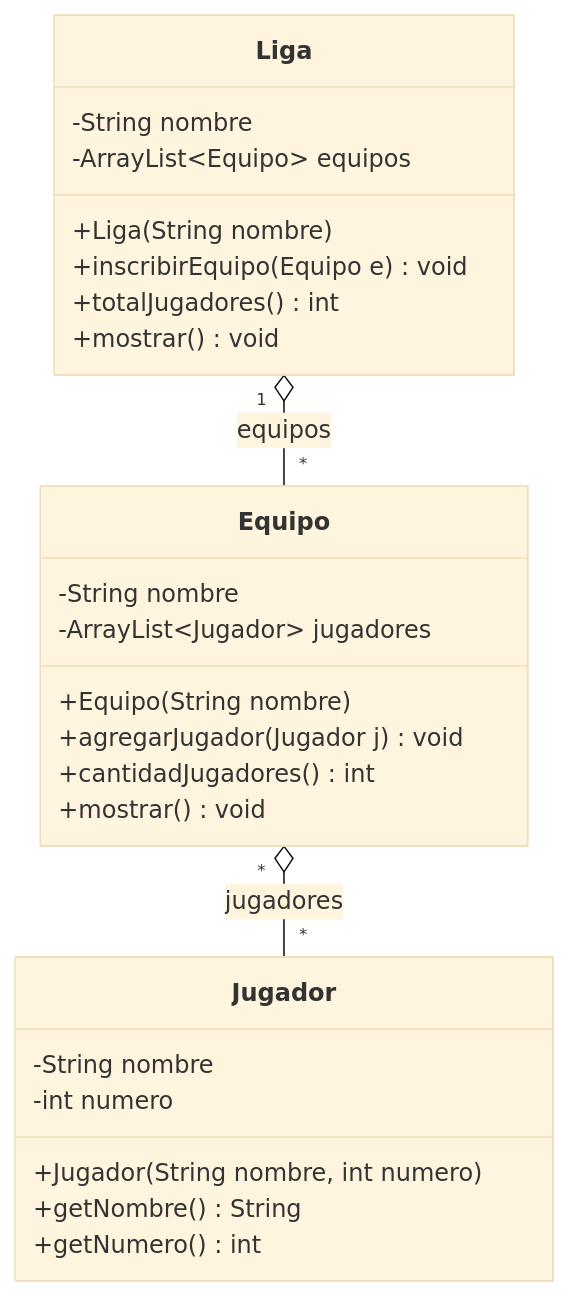
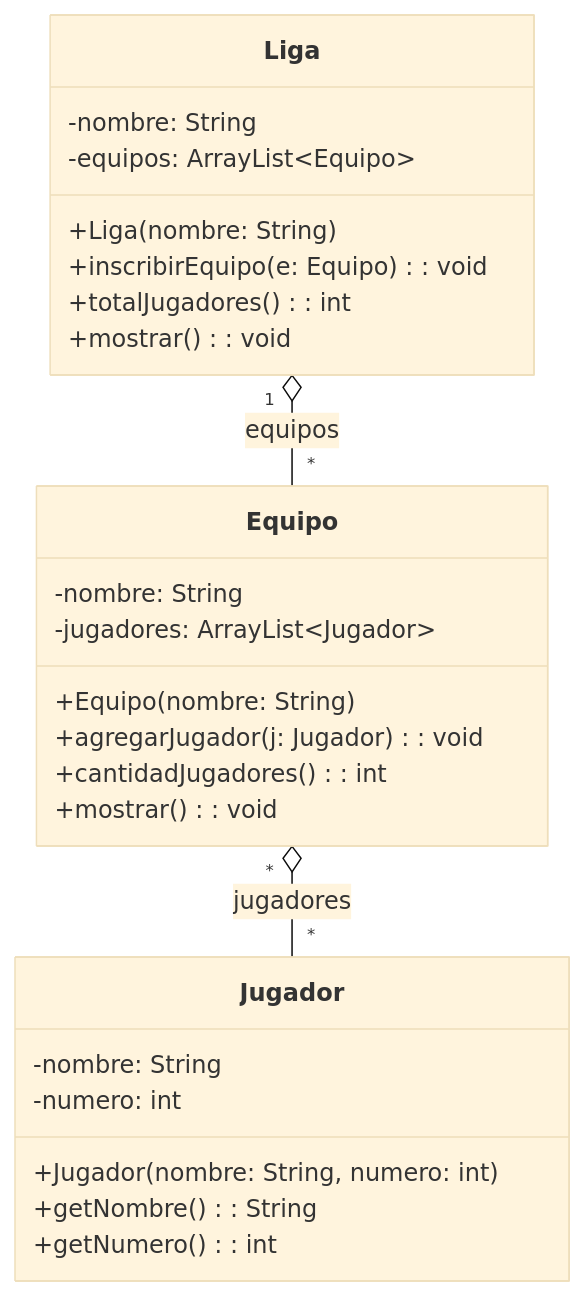
One commit to CursosProgramacionEP/USIL_SEMANA10 changed the first of 6 diagrams in PRACTICAS_CLASE.md. Above: the diagram before and after it, drawn with Mermaid (base theme). The commit also changed other lines of this file and 1 other file, not shown here.

First line of the commit message:
Diagramas UML en notacion estandar (nombre: Tipo) en README y PRACTICAS_CLASE

````diff
--- a/PRACTICAS_CLASE.md
+++ b/PRACTICAS_CLASE.md
@@ -25,28 +25,28 @@
 ```mermaid
 classDiagram
     class Liga {
-        -String nombre
-        -ArrayList~Equipo~ equipos
-        +Liga(String nombre)
-        +inscribirEquipo(Equipo e) void
-        +totalJugadores() int
-        +mostrar() void
+        -nombre: String
+        -equipos: ArrayList~Equipo~
+        +Liga(nombre: String)
+        +inscribirEquipo(e: Equipo) : void
+        +totalJugadores() : int
+        +mostrar() : void
     }
     class Equipo {
-        -String nombre
-        -ArrayList~Jugador~ jugadores
-        +Equipo(String nombre)
-        +agregarJugador(Jugador j) void
-        +cantidadJugadores() int
-        +mostrar() void
+        -nombre: String
+        -jugadores: ArrayList~Jugador~
+        +Equipo(nombre: String)
+        +agregarJugador(j: Jugador) : void
+        +cantidadJugadores() : int
+        +mostrar() : void
     }
     class Jugador {
-        -String nombre
-        -int numero
-        +Jugador(String nombre, int numero)
-        +getNombre() String
-        +getNumero() int
+        -nombre: String
+        -numero: int
+        +Jugador(nombre: String, numero: int)
+        +getNombre() : String
+        +getNumero() : int
     }
     Liga "1" o-- "*" Equipo : equipos
     Equipo "*" o-- "*" Jugador : jugadores
 ```
````
